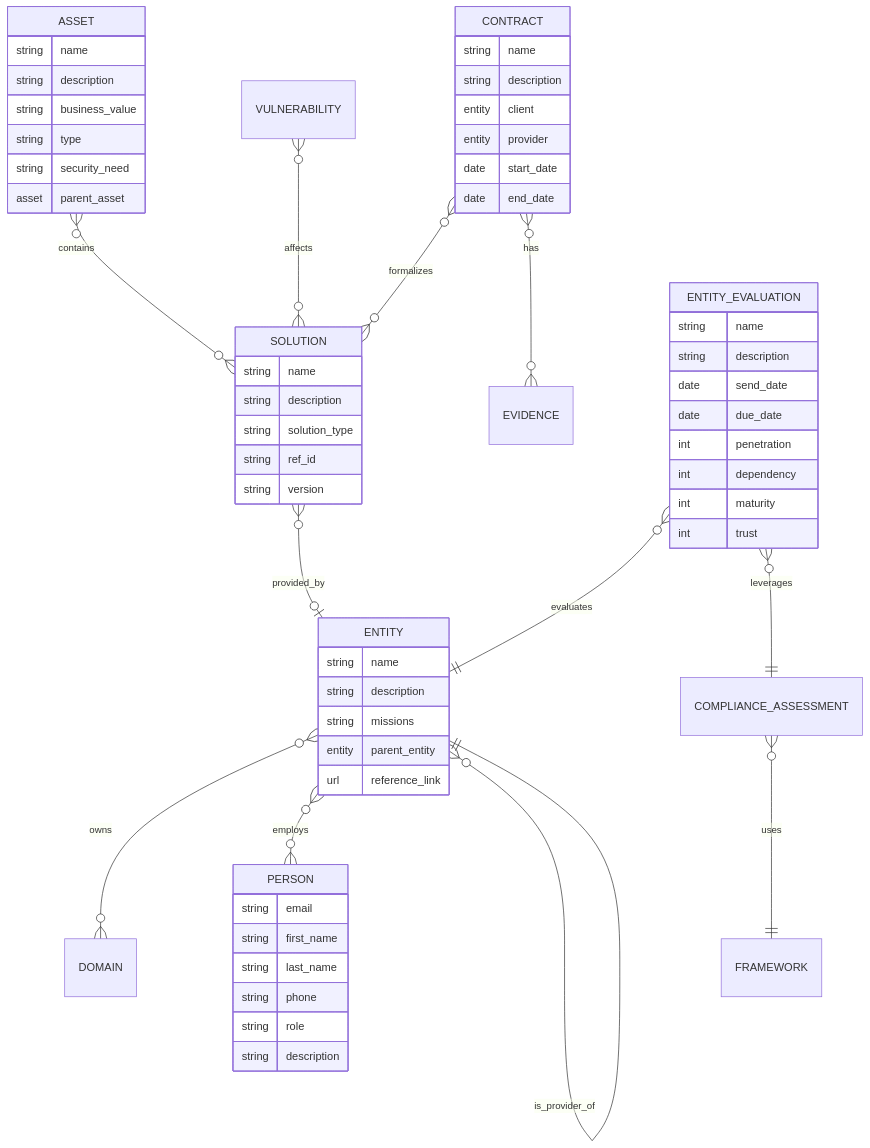
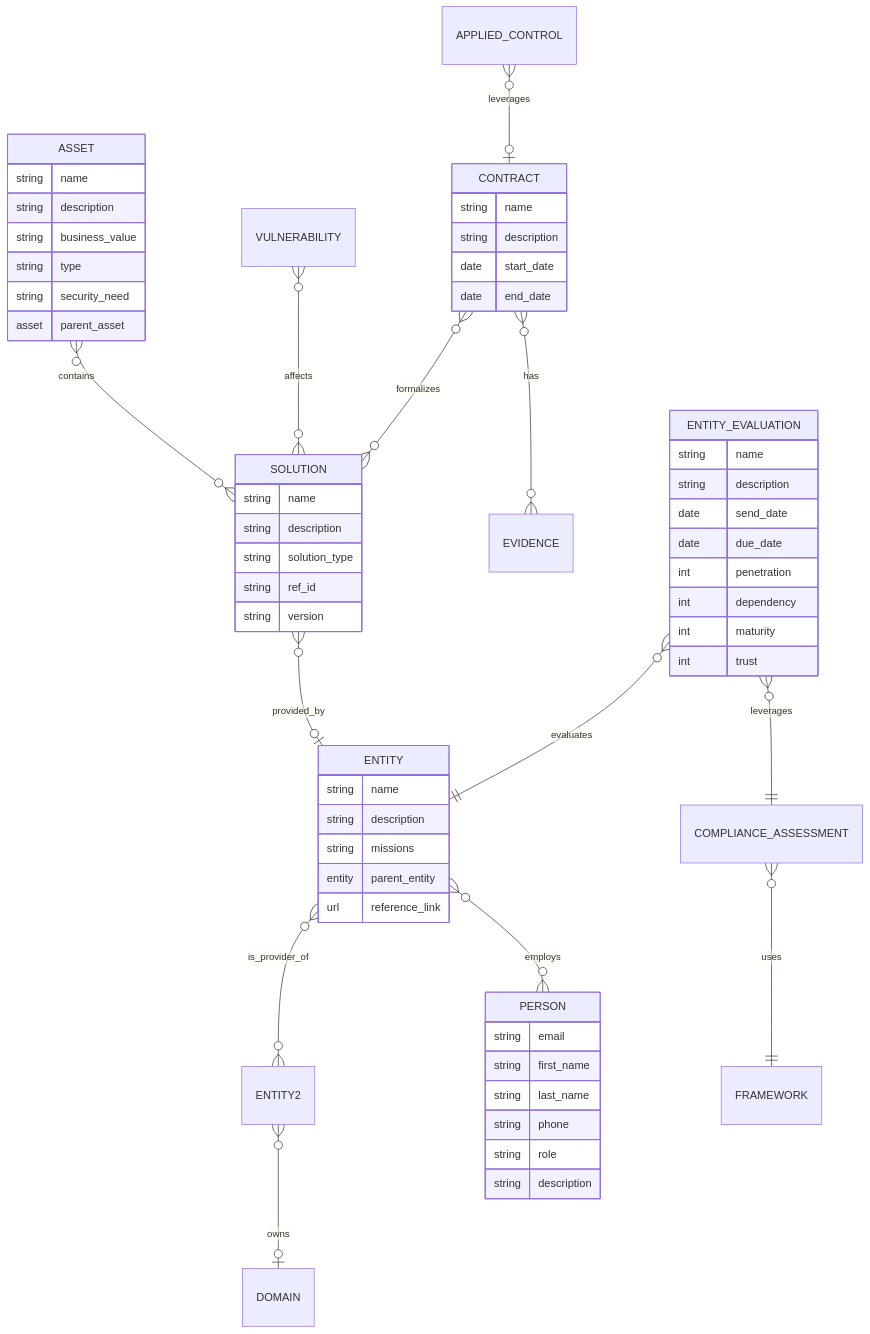
One commit to intuitem/ciso-assistant-community changed the eighth of 10 diagrams in documentation/architecture/data-model.md. Above: the diagram before and after it, drawn with Mermaid. The commit also changed other lines of this file, not shown here.

````diff
--- a/documentation/architecture/data-model.md
+++ b/documentation/architecture/data-model.md
@@ -1108,70 +1108,69 @@
 ```mermaid
 erDiagram
 
     ASSET                 }o--o{ SOLUTION              : contains
-    ENTITY                }o--o{ DOMAIN                : owns
+    ENTITY2                }o--o| DOMAIN                : owns
     VULNERABILITY         }o--o{ SOLUTION              : affects
     SOLUTION              }o--o| ENTITY                : provided_by
     CONTRACT              }o--o{ SOLUTION              : formalizes
     CONTRACT              }o--o{ EVIDENCE              : has
+    APPLIED_CONTROL       }o--o| CONTRACT              : leverages
     ENTITY_EVALUATION     }o--|| ENTITY                : evaluates
     ENTITY                }o--o{ PERSON                : employs
     ENTITY_EVALUATION     }o--|| COMPLIANCE_ASSESSMENT : leverages
-    ENTITY                }o--|| ENTITY                : is_provider_of
+    ENTITY                }o--o{ ENTITY2               : is_provider_of
     COMPLIANCE_ASSESSMENT }o--|| FRAMEWORK             : uses
     ENTITY {
         string  name
         string  description
         string  missions  
         entity  parent_entity
         url     reference_link
     }
 
     ASSET {
         string      name
         string      description
         string      business_value
         string      type
         string      security_need
         asset       parent_asset
     }
 
 
     SOLUTION {
         string      name
         string      description
         string      solution_type
         string      ref_id
         string      version
     }
 
     CONTRACT {
         string name
         string description
-        entity client
-        entity provider
         date   start_date
         date   end_date
     }
 
     ENTITY_EVALUATION {
         string name
         string description
         date   send_date
         date   due_date
         int    penetration
         int    dependency
         int    maturity
         int    trust
     }
 
     PERSON {
         string email
         string first_name
         string last_name
         string phone
         string role
         string description
     }
 
 ```
````
